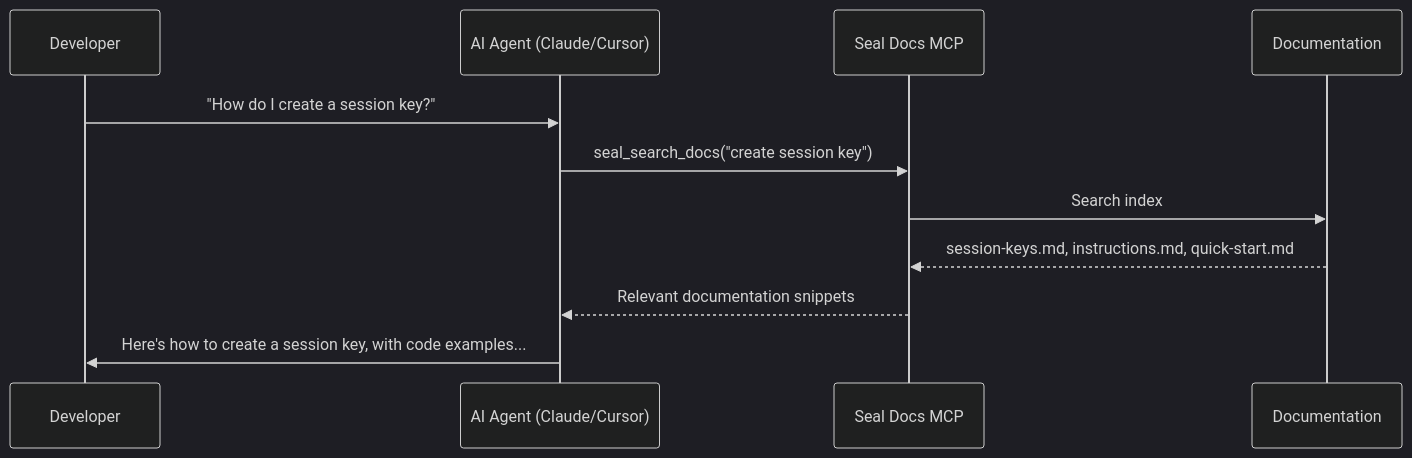
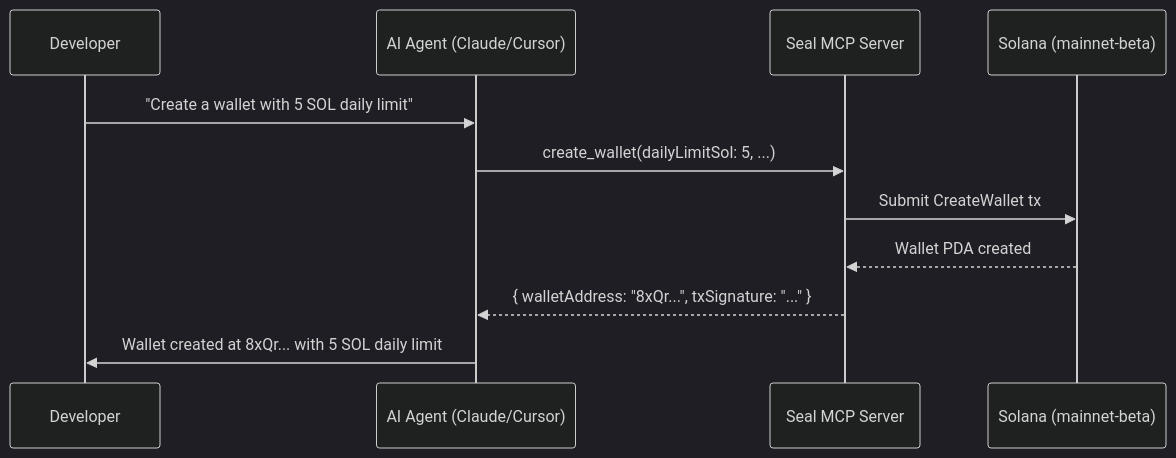
One commit to Immadominion/sentinel changed the diagram in docs/integrations/mcp.md. Above: the diagram before and after it, drawn with Mermaid (dark theme). The commit also changed other lines of this file and 97 other files, not shown here.

````diff
--- a/docs/integrations/mcp.md
+++ b/docs/integrations/mcp.md
@@ -9,14 +9,14 @@
 ```mermaid
 sequenceDiagram
     participant Dev as Developer
     participant LLM as AI Agent (Claude/Cursor)
-    participant MCP as Seal Docs MCP
-    participant Docs as Documentation
+    participant MCP as Seal MCP Server
+    participant Chain as Solana (mainnet-beta)
 
-    Dev->>LLM: "How do I create a session key?"
-    LLM->>MCP: seal_search_docs("create session key")
-    MCP->>Docs: Search index
-    Docs-->>MCP: session-keys.md, instructions.md, quick-start.md
-    MCP-->>LLM: Relevant documentation snippets
-    LLM->>Dev: Here's how to create a session key, with code examples...
+    Dev->>LLM: "Create a wallet with 5 SOL daily limit"
+    LLM->>MCP: create_wallet(dailyLimitSol: 5, ...)
+    MCP->>Chain: Submit CreateWallet tx
+    Chain-->>MCP: Wallet PDA created
+    MCP-->>LLM: { walletAddress: "8xQr...", txSignature: "..." }
+    LLM->>Dev: Wallet created at 8xQr... with 5 SOL daily limit
 ```
````
